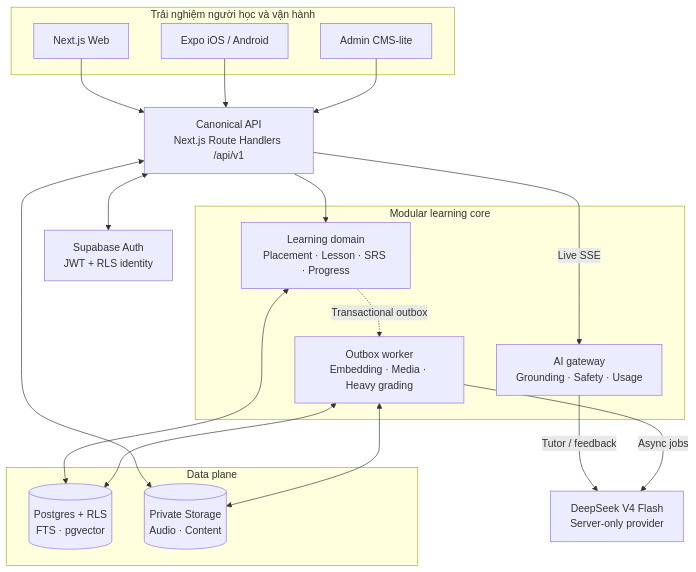
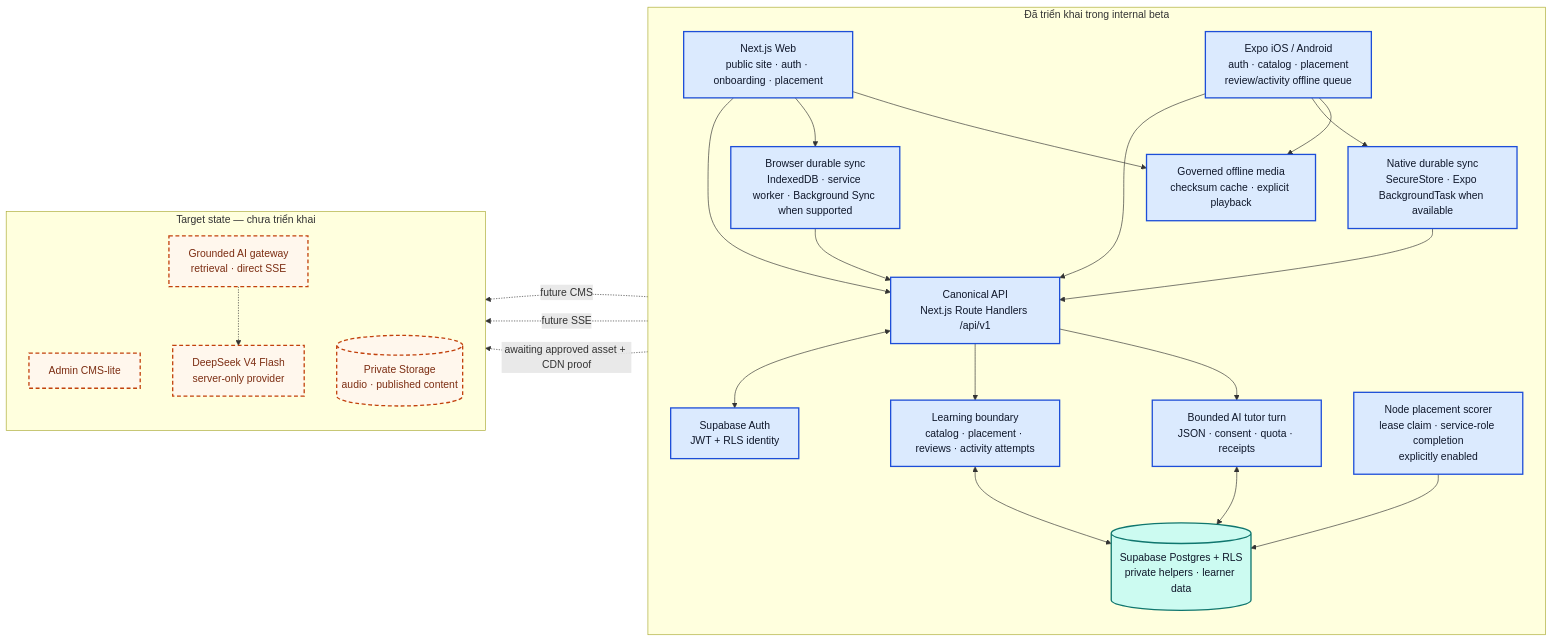
Before and after one commit to JasonTM17/Ideogram_LearningApp: the diagram in docs/diagrams/system-architecture.mmd, drawn with Mermaid. The commit also changed 74 other files, not shown here.

```diff
--- a/docs/diagrams/system-architecture.mmd
+++ b/docs/diagrams/system-architecture.mmd
@@ -1,36 +1,51 @@
-flowchart TB
-  subgraph Clients["Trải nghiệm người học và vận hành"]
-    Web["Next.js Web"]
-    Mobile["Expo iOS / Android"]
-    Admin["Admin CMS-lite"]
+flowchart RL
+  subgraph Beta["Đã triển khai trong internal beta"]
+    direction TB
+    Web["Next.js Web\npublic site · auth · onboarding · placement"]
+    Mobile["Expo iOS / Android\nauth · catalog · placement\nreview/activity offline queue"]
+    API["Canonical API\nNext.js Route Handlers /api/v1"]
+    Auth["Supabase Auth\nJWT + RLS identity"]
+    Learning["Learning boundary\ncatalog · placement · reviews · activity attempts"]
+    BrowserSync["Browser durable sync\nIndexedDB · service worker · Background Sync when supported"]
+    NativeSync["Native durable sync\nSecureStore · Expo BackgroundTask when available"]
+    OfflineMedia["Governed offline media\nchecksum cache · explicit playback"]
+    Worker["Node placement scorer\nlease claim · service-role completion\nexplicitly enabled"]
+    Tutor["Bounded AI tutor turn\nJSON · consent · quota · receipts"]
+    Postgres[("Supabase Postgres + RLS\nprivate helpers · learner data")]
+
+    Web --> API
+    Mobile --> API
+    Web --> BrowserSync
+    Mobile --> NativeSync
+    Web --> OfflineMedia
+    Mobile --> OfflineMedia
+    BrowserSync --> API
+    NativeSync --> API
+    API <--> Auth
+    API --> Learning
+    API --> Tutor
+    Learning <--> Postgres
+    Worker --> Postgres
+    Tutor <--> Postgres
   end
 
-  API["Canonical API\nNext.js Route Handlers /api/v1"]
-  Auth["Supabase Auth\nJWT + RLS identity"]
+  subgraph Target["Target state — chưa triển khai"]
+    direction TB
+    Admin["Admin CMS-lite"]
+    AIGateway["Grounded AI gateway\nretrieval · direct SSE"]
+    Storage[("Private Storage\naudio · published content")]
+    DeepSeek["DeepSeek V4 Flash\nserver-only provider"]
 
-  subgraph Core["Modular learning core"]
-    Learning["Learning domain\nPlacement · Lesson · SRS · Progress"]
-    AIGateway["AI gateway\nGrounding · Safety · Usage"]
-    Worker["Outbox worker\nEmbedding · Media · Heavy grading"]
+    API -. "future CMS" .-> Admin
+    API -. "future SSE" .-> AIGateway
+    OfflineMedia -. "awaiting approved asset + CDN proof" .-> Storage
+    AIGateway -.-> DeepSeek
   end
 
-  subgraph Data["Data plane"]
-    Postgres[("Postgres + RLS\nFTS · pgvector")]
-    Storage[("Private Storage\nAudio · Content")]
-  end
+  classDef implemented fill:#dbeafe,stroke:#1d4ed8,color:#0f172a,stroke-width:2px
+  classDef implementedData fill:#ccfbf1,stroke:#0f766e,color:#0f172a,stroke-width:2px
+  classDef target fill:#fff7ed,stroke:#c2410c,color:#7c2d12,stroke-width:2px,stroke-dasharray: 6 4
 
-  DeepSeek["DeepSeek V4 Flash\nServer-only provider"]
-
-  Web --> API
-  Mobile --> API
-  Admin --> API
-  API <--> Auth
-  API --> Learning
-  API -->|"Live SSE"| AIGateway
-  Learning <--> Postgres
-  API <--> Storage
-  Learning -. "Transactional outbox" .-> Worker
-  AIGateway -->|"Tutor / feedback"| DeepSeek
-  Worker -->|"Async jobs"| DeepSeek
-  Worker <--> Postgres
-  Worker <--> Storage
+  class Web,Mobile,API,Auth,Learning,Tutor,BrowserSync,NativeSync,Worker,OfflineMedia implemented
+  class Postgres implementedData
+  class Admin,AIGateway,Storage,DeepSeek target
```
